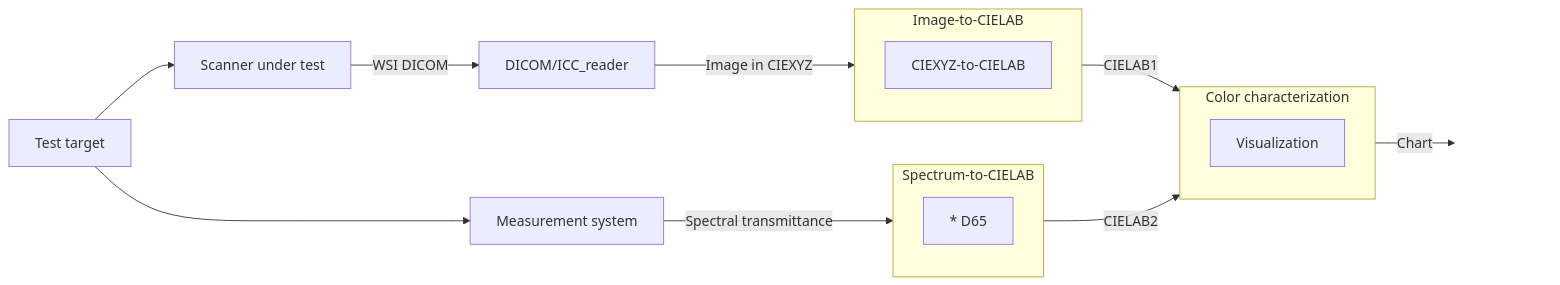
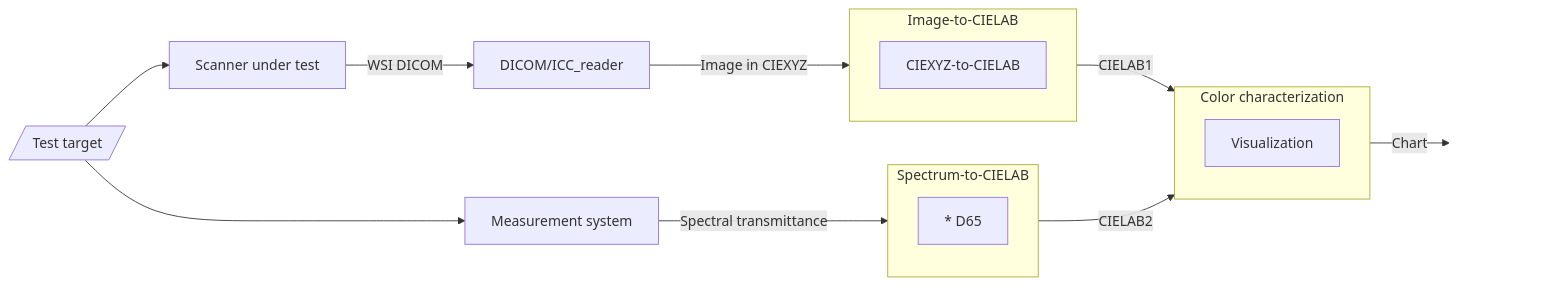
Before and after one commit to DIDSR/HIMSPEC: the diagram in AIM3_color_characterization/README.md, drawn with Mermaid. The commit also changed other lines of this file, not shown here.

````diff
--- a/AIM3_color_characterization/README.md
+++ b/AIM3_color_characterization/README.md
@@ -15,34 +17,34 @@
 ``` mermaid
 flowchart LR
   subgraph B2 [Image-to-CIELAB]
     CIEXYZ-to-CIELAB
   end
 
   subgraph B3 [Spectrum-to-CIELAB]
     D65[* D65]
   end
 
   subgraph B1 [Color characterization]
     Visualization
   end
 
   A[Scanner under test]
   D[DICOM/ICC_reader]
-  T[Test target]
+  T@{ shape: lean-r, label: "Test target" }
   M[Measurement system]
 
   T --> A
   T --> M
 
   A --"WSI DICOM"--> D
 
   D -- Image in CIEXYZ --> B2
   M -- Spectral transmittance --> B3
   
   Report[Report]
   B2 --CIELAB1-->  B1
   B3 --CIELAB2-->  B1
   
   B1 --Chart--> Report
   style Report fill:none,stroke:none,color:transparent  
 ```
````
